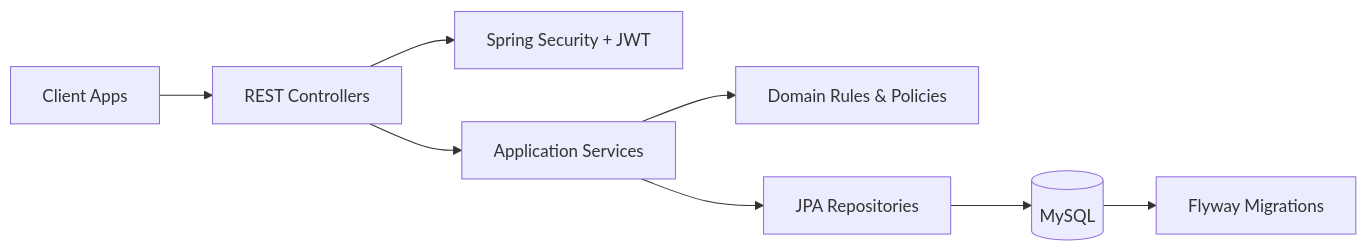
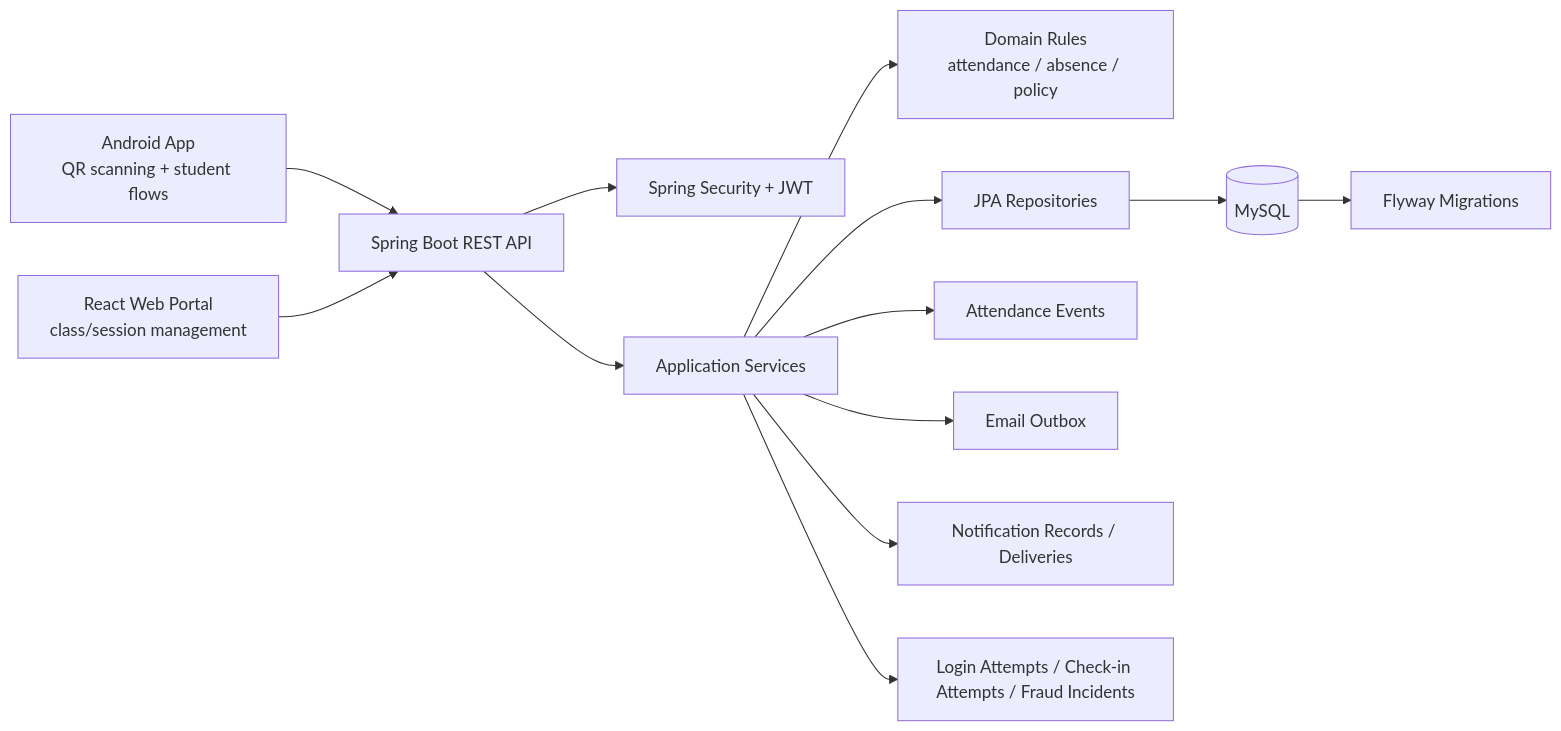
Before and after one commit to binkadev/Attendance-Check-By-QRcode: the diagram in README.md, drawn with Mermaid. The commit also changed other lines of this file, not shown here.

````diff
--- a/README.md
+++ b/README.md
@@ -98,10 +130,17 @@
 ```mermaid
 flowchart LR
-  Client[Client Apps] --> API[REST Controllers]
-  API --> Sec[Spring Security + JWT]
-  API --> Svc[Application Services]
-  Svc --> Domain[Domain Rules & Policies]
-  Svc --> Repo[JPA Repositories]
-  Repo --> DB[(MySQL)]
-  DB --> Flyway[Flyway Migrations]
+    Android[Android App\nQR scanning + student flows] --> API[Spring Boot REST API]
+    Web[React Web Portal\nclass/session management] --> API
+
+    API --> Security[Spring Security + JWT]
+    API --> Services[Application Services]
+    Services --> Domain[Domain Rules\nattendance / absence / policy]
+    Services --> Repo[JPA Repositories]
+    Repo --> DB[(MySQL)]
+    DB --> Flyway[Flyway Migrations]
+
+    Services --> Events[Attendance Events]
+    Services --> Mail[Email Outbox]
+    Services --> Notifications[Notification Records / Deliveries]
+    Services --> Monitoring[Login Attempts / Check-in Attempts / Fraud Incidents]
 ```
````
